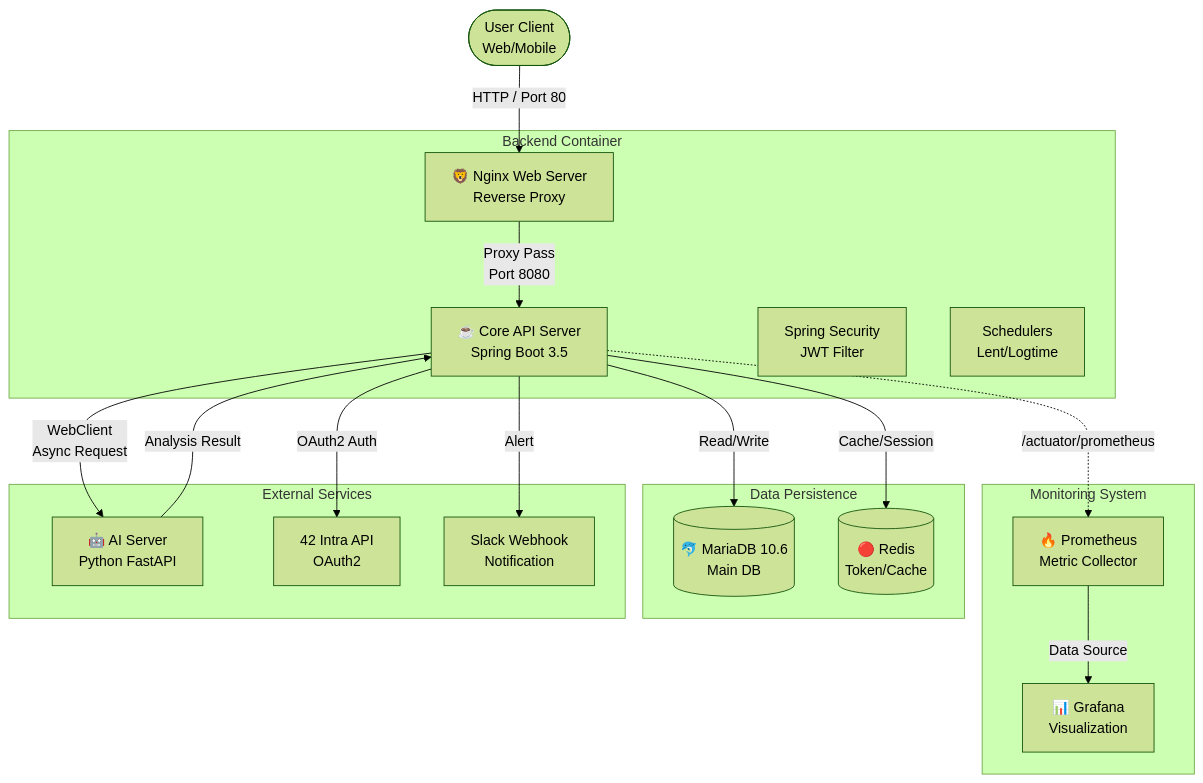
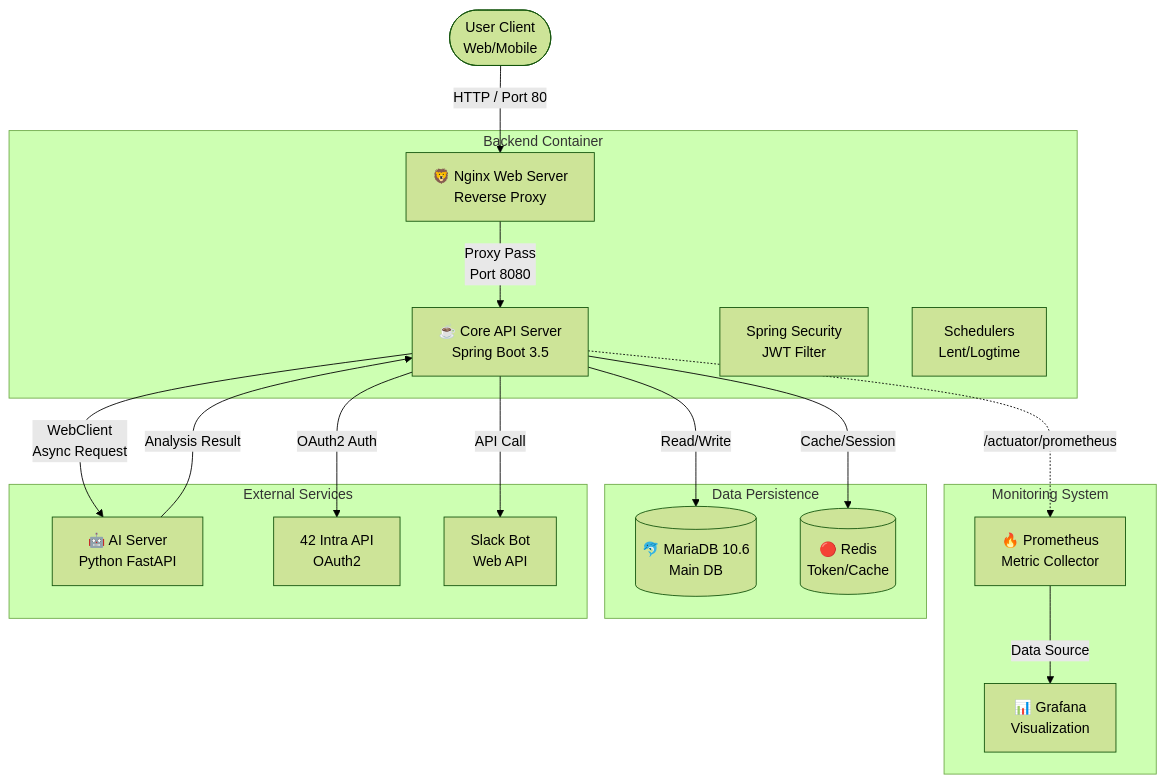
The first of 7 diagrams in backend/README.md (farmer0010/ft_transcendence), drawn with Mermaid (forest theme) before and after one commit. The commit also changed other lines of this file, not shown here.

Commit message:
docs: Refactor Slack Webhook references to Slack Bot (Web API) and cleanup README

````diff
--- a/backend/README.md
+++ b/backend/README.md
@@ -14,42 +14,42 @@
 ```mermaid
 graph TD
     %% 클라이언트 및 진입점
     Client(["User Client<br>Web/Mobile"]) -->|HTTP / Port 80| Nginx["🦁 Nginx Web Server<br>Reverse Proxy"]
     
     %% 백엔드 영역
     subgraph "Backend Container"
         Nginx -->|"Proxy Pass<br>Port 8080"| SpringBoot["☕ Core API Server<br>Spring Boot 3.5"]
         Security["Spring Security<br>JWT Filter"]
         Scheduler["Schedulers<br>Lent/Logtime"]
     end
 
     %% 모니터링 영역 (New)
     subgraph "Monitoring System"
         Prometheus["🔥 Prometheus<br>Metric Collector"]
         Grafana["📊 Grafana<br>Visualization"]
         
         SpringBoot -.->|"/actuator/prometheus"| Prometheus
         Prometheus -->|"Data Source"| Grafana
     end
 
     %% 데이터 영역
     subgraph "Data Persistence"
         MariaDB[("🐬 MariaDB 10.6<br>Main DB")]
         Redis[("🔴 Redis<br>Token/Cache")]
     end
 
     %% 외부 서비스
     subgraph "External Services"
         AI_Server["🤖 AI Server<br>Python FastAPI"]
         Intra_API["42 Intra API<br>OAuth2"]
-        Slack["Slack Webhook<br>Notification"]
+        Slack["Slack Bot<br>Web API"]
     end
 
     %% 연결 관계
     SpringBoot -->|Read/Write| MariaDB
     SpringBoot -->|Cache/Session| Redis
     SpringBoot -->|"WebClient<br>Async Request"| AI_Server
     AI_Server -->|"Analysis Result"| SpringBoot
     SpringBoot -->|"OAuth2 Auth"| Intra_API
-    SpringBoot -->|Alert| Slack
+    SpringBoot -->|API Call| Slack
 ```
````
